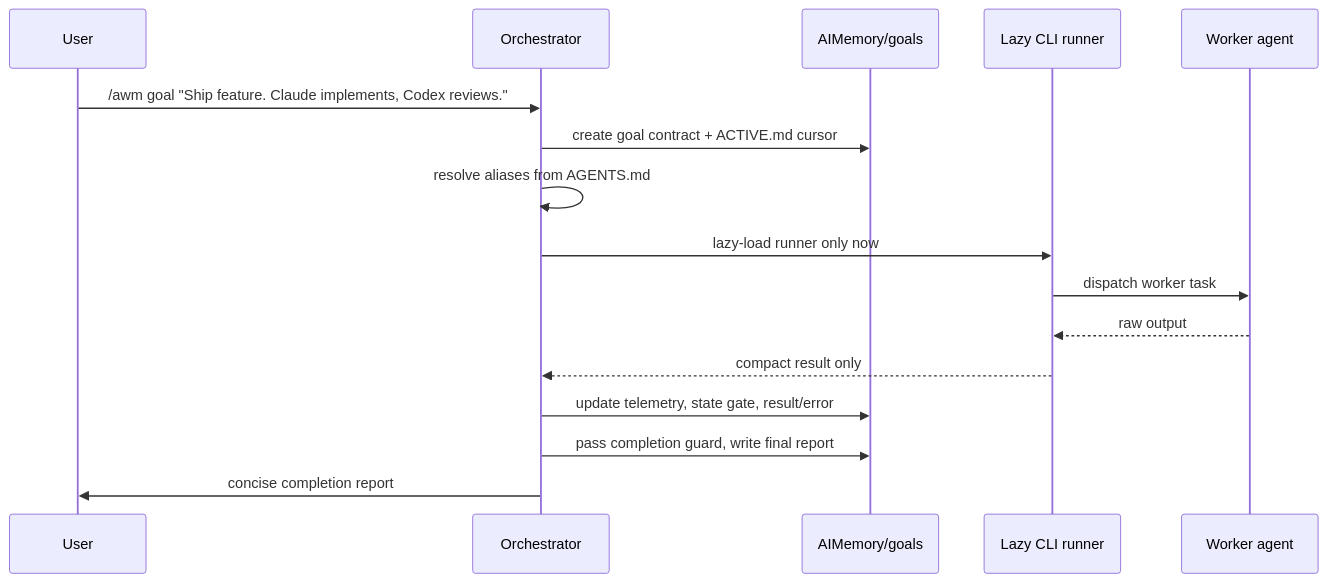
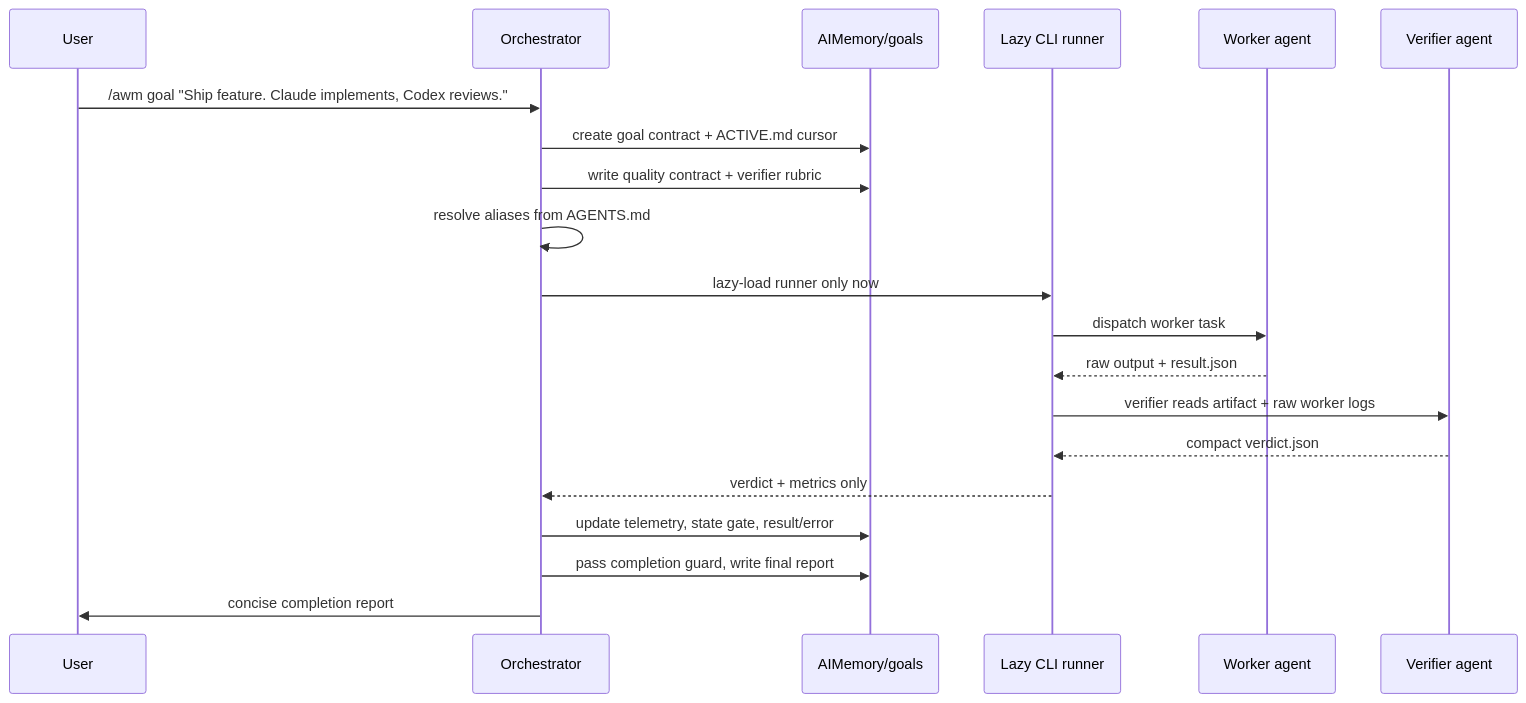
The second of 2 diagrams in README.md (daystar7777/agent-work-mux), drawn with Mermaid before and after one commit. The commit also changed other lines of this file and 12 other files, not shown here.

````diff
--- a/README.md
+++ b/README.md
@@ -156,19 +169,23 @@
 ```mermaid
 sequenceDiagram
     participant U as User
     participant O as Orchestrator
     participant G as AIMemory/goals
     participant R as Lazy CLI runner
     participant W as Worker agent
+    participant V as Verifier agent
 
     U->>O: /awm goal "Ship feature. Claude implements, Codex reviews."
     O->>G: create goal contract + ACTIVE.md cursor
+    O->>G: write quality contract + verifier rubric
     O->>O: resolve aliases from AGENTS.md
     O->>R: lazy-load runner only now
     R->>W: dispatch worker task
-    W-->>R: raw output
-    R-->>O: compact result only
+    W-->>R: raw output + result.json
+    R->>V: verifier reads artifact + raw worker logs
+    V-->>R: compact verdict.json
+    R-->>O: verdict + metrics only
     O->>G: update telemetry, state gate, result/error
     O->>G: pass completion guard, write final report
     O->>U: concise completion report
 ```
````
